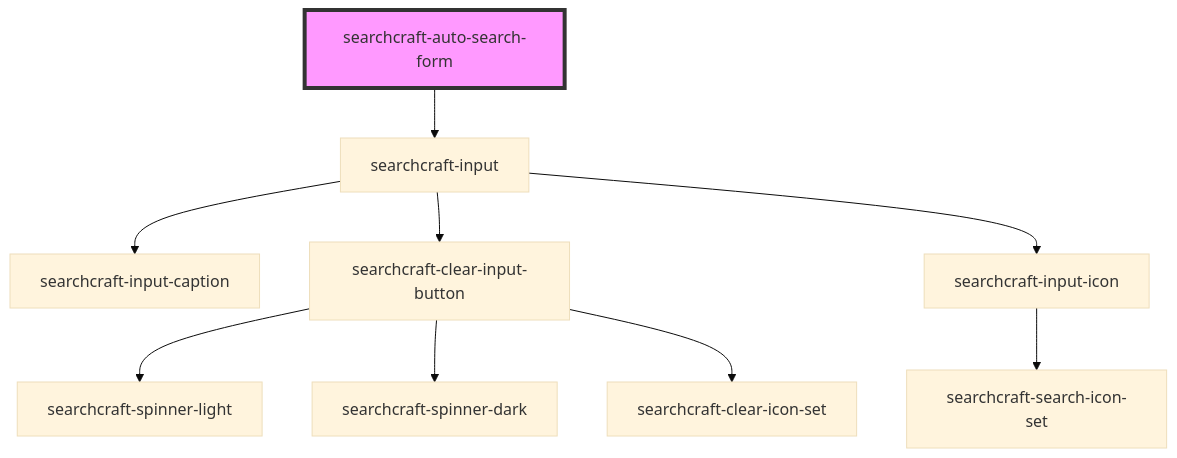
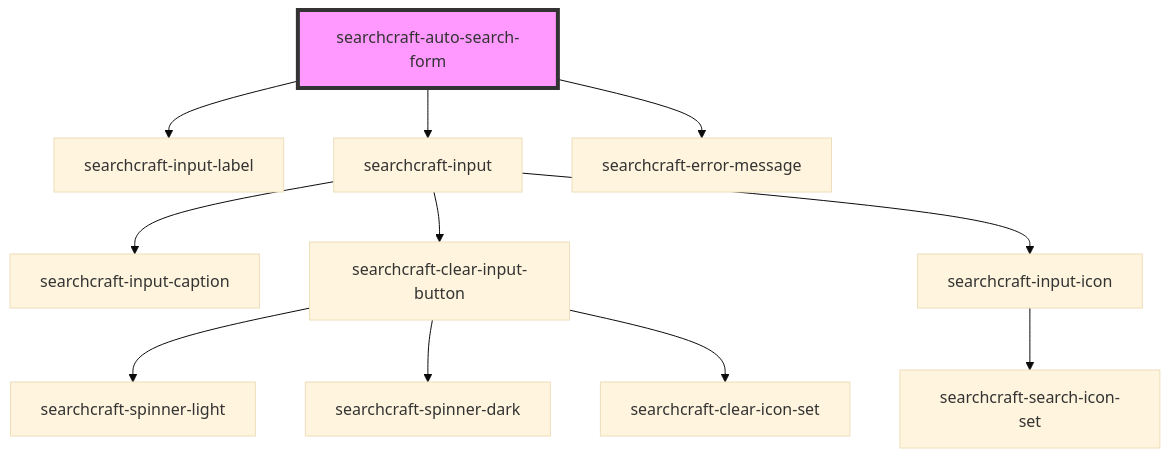
Before and after one commit to searchcraft-inc/searchcraft-javascript-sdks: the diagram in packages/javascript-sdk/src/components/searchcraft-auto-search-form/readme.md, drawn with Mermaid (base theme). The commit also changed other lines of this file and 73 other files, not shown here.

````diff
--- a/packages/javascript-sdk/src/components/searchcraft-auto-search-form/readme.md
+++ b/packages/javascript-sdk/src/components/searchcraft-auto-search-form/readme.md
@@ -37,12 +39,14 @@
 ```mermaid
 graph TD;
+  searchcraft-auto-search-form --> searchcraft-input-label
   searchcraft-auto-search-form --> searchcraft-input
+  searchcraft-auto-search-form --> searchcraft-error-message
   searchcraft-input --> searchcraft-input-caption
   searchcraft-input --> searchcraft-clear-input-button
   searchcraft-input --> searchcraft-input-icon
   searchcraft-clear-input-button --> searchcraft-spinner-light
   searchcraft-clear-input-button --> searchcraft-spinner-dark
   searchcraft-clear-input-button --> searchcraft-clear-icon-set
   searchcraft-input-icon --> searchcraft-search-icon-set
   style searchcraft-auto-search-form fill:#f9f,stroke:#333,stroke-width:4px
 ```
````
